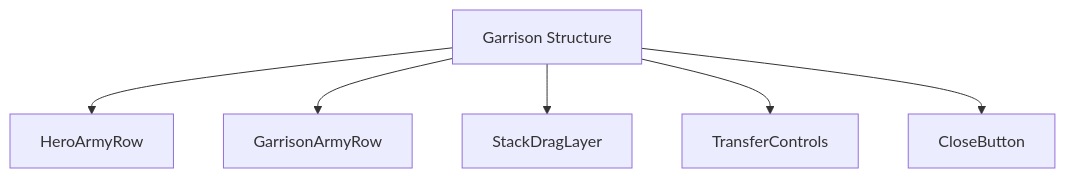
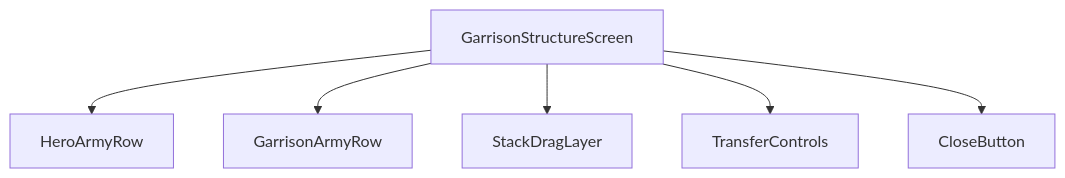
The first of 5 diagrams in docs/architecture/wiki/screens/22-garrison-structure/architecture.md (SunaNoOshiro/Heroes_Reforged_AI_Realms), drawn with Mermaid before and after one commit. The commit also changed other lines of this file and 518 other files, not shown here.

First line of the commit message:
Add doc-audit skill and sweep architecture/screen docs

````diff
--- a/docs/architecture/wiki/screens/22-garrison-structure/architecture.md
+++ b/docs/architecture/wiki/screens/22-garrison-structure/architecture.md
@@ -16,14 +29,9 @@
 ```mermaid
 flowchart TD
-  Root["Garrison Structure"]
-  C0["HeroArmyRow"]
-  Root --> C0
-  C1["GarrisonArmyRow"]
-  Root --> C1
-  C2["StackDragLayer"]
-  Root --> C2
-  C3["TransferControls"]
-  Root --> C3
-  C4["CloseButton"]
-  Root --> C4
+  Root["GarrisonStructureScreen"]
+  Root --> C0["HeroArmyRow"]
+  Root --> C1["GarrisonArmyRow"]
+  Root --> C2["StackDragLayer"]
+  Root --> C3["TransferControls"]
+  Root --> C4["CloseButton"]
 ```
````
